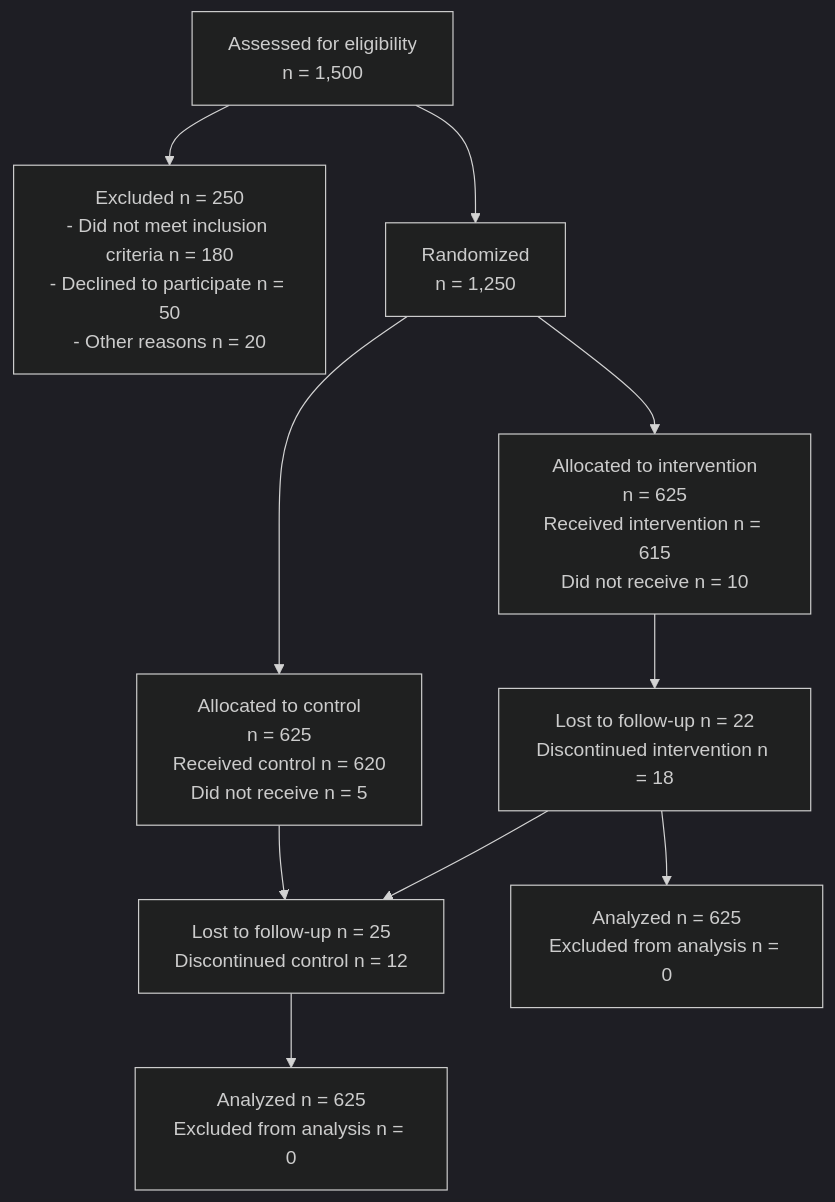
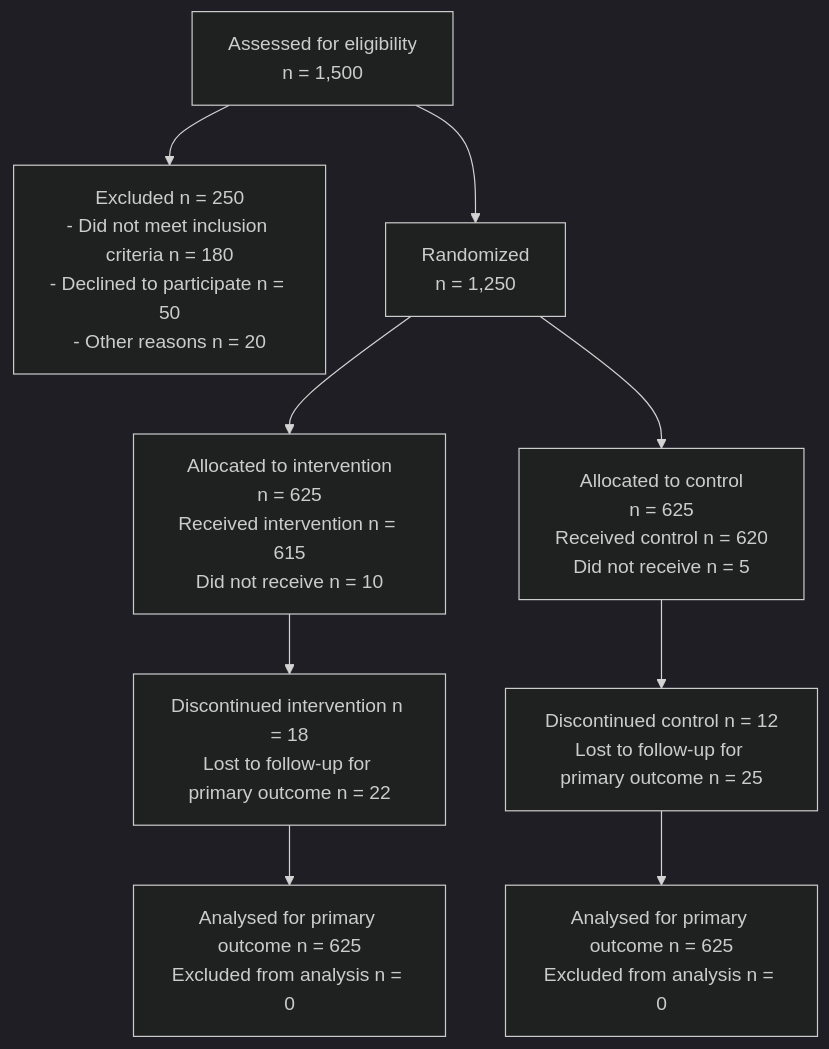
The first of 10 diagrams in references/diagrams.md (alexandreamato/medical-manuscript-writing), drawn with Mermaid (dark theme) before and after one commit. The commit also changed other lines of this file and 75 other files, not shown here.

````diff
--- a/references/diagrams.md
+++ b/references/diagrams.md
@@ -176,25 +188,24 @@
 ```mermaid
 flowchart TD
     A[Assessed for eligibility<br/>n = 1,500]
     B[Excluded n = 250<br/>- Did not meet inclusion criteria n = 180<br/>- Declined to participate n = 50<br/>- Other reasons n = 20]
     C[Randomized<br/>n = 1,250]
 
     D[Allocated to intervention<br/>n = 625<br/>Received intervention n = 615<br/>Did not receive n = 10]
     E[Allocated to control<br/>n = 625<br/>Received control n = 620<br/>Did not receive n = 5]
 
-    F[Lost to follow-up n = 22<br/>Discontinued intervention n = 18]
-    G[Lost to follow-up n = 25<br/>Discontinued control n = 12]
+    F[Discontinued intervention n = 18<br/>Lost to follow-up for primary outcome n = 22]
+    G[Discontinued control n = 12<br/>Lost to follow-up for primary outcome n = 25]
 
-    H[Analyzed n = 625<br/>Excluded from analysis n = 0]
-    I[Analyzed n = 625<br/>Excluded from analysis n = 0]
+    H[Analysed for primary outcome n = 625<br/>Excluded from analysis n = 0]
+    I[Analysed for primary outcome n = 625<br/>Excluded from analysis n = 0]
 
     A --> B
     A --> C
     C --> D
     C --> E
     D --> F
     E --> G
-    F --> G
     F --> H
     G --> I
 ```
````
